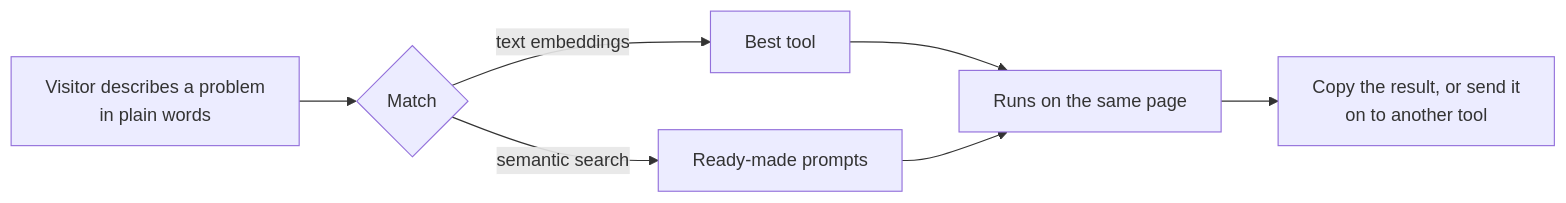
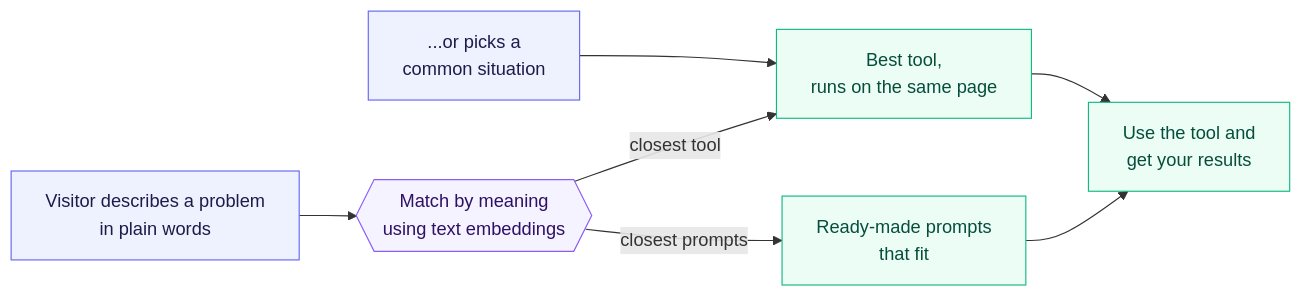
The second of 17 diagrams in README.md (aliyanfaisal/Cuelara.com), drawn with Mermaid before and after one commit. The commit also changed other lines of this file, not shown here.

````diff
--- a/README.md
+++ b/README.md
@@ -52,9 +104,13 @@
 ```mermaid
 flowchart LR
-    A["Visitor describes a problem<br/>in plain words"] --> B{"Match"}
-    B -->|"text embeddings"| C["Best tool"]
-    B -->|"semantic search"| D["Ready-made prompts"]
-    C --> E["Runs on the same page"]
-    D --> E
-    E --> F["Copy the result, or send it<br/>on to another tool"]
+    A["Visitor describes a problem<br/>in plain words"]:::in --> B{{"Match by meaning<br/>using text embeddings"}}:::ai
+    A2["...or picks a<br/>common situation"]:::in --> T
+    B -->|"closest tool"| T["Best tool,<br/>runs on the same page"]:::out
+    B -->|"closest prompts"| P["Ready-made prompts<br/>that fit"]:::out
+    T --> R["Use the tool and<br/>get your results"]:::out
+    P --> R
+    classDef in fill:#eef2ff,stroke:#6366f1,color:#1e1b4b
+    classDef ai fill:#f5f3ff,stroke:#8b5cf6,color:#2e1065
+    classDef out fill:#ecfdf5,stroke:#10b981,color:#064e3b
+    classDef warn fill:#fffbeb,stroke:#f59e0b,color:#78350f
 ```
````
